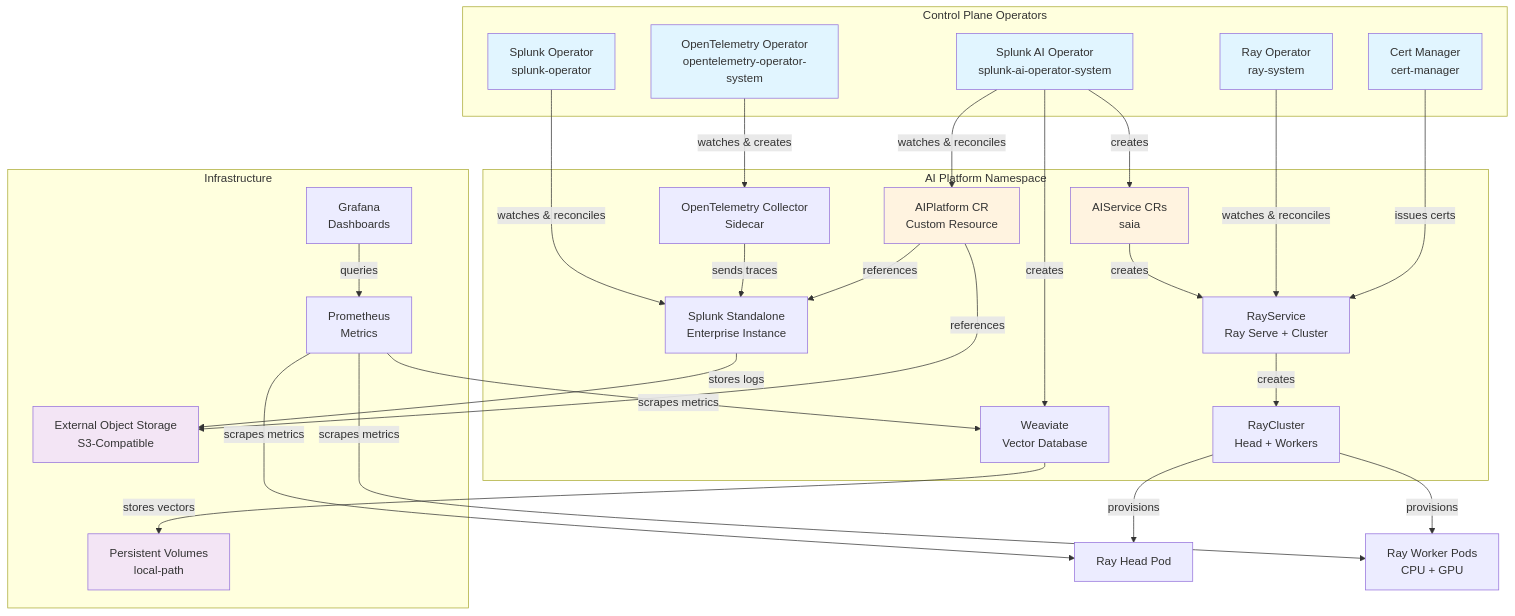
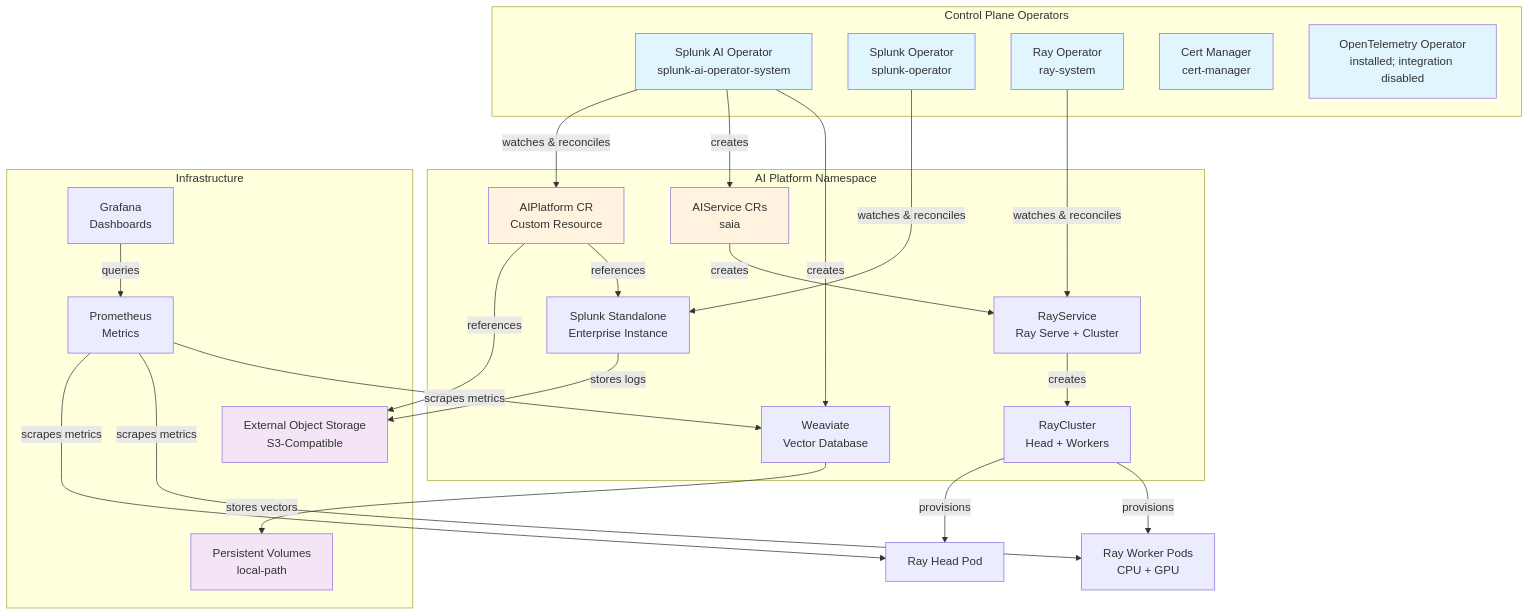
One commit to splunk/splunk-ai-operator changed the diagram in tools/cluster_setup/K0S_README.md. Above: the diagram before and after it, drawn with Mermaid. The commit also changed other lines of this file and 23 other files, not shown here.

````diff
--- a/tools/cluster_setup/K0S_README.md
+++ b/tools/cluster_setup/K0S_README.md
@@ -950,63 +950,57 @@
 ```mermaid
 graph TB
     subgraph "Control Plane Operators"
         AIOP[Splunk AI Operator<br/>splunk-ai-operator-system]
         SPLOP[Splunk Operator<br/>splunk-operator]
         RAYOP[Ray Operator<br/>ray-system]
         CERTMGR[Cert Manager<br/>cert-manager]
-        OTELOP[OpenTelemetry Operator<br/>opentelemetry-operator-system]
+        OTELOP[OpenTelemetry Operator<br/>installed; integration disabled]
     end
 
     subgraph "AI Platform Namespace"
         AIPLATFORM[AIPlatform CR<br/>Custom Resource]
         AISERVICE[AIService CRs<br/>saia]
         RAYSERVICE[RayService<br/>Ray Serve + Cluster]
         RAYCLUSTER[RayCluster<br/>Head + Workers]
         WEAVIATE[Weaviate<br/>Vector Database]
         SPLUNK[Splunk Standalone<br/>Enterprise Instance]
-        OTELCOL[OpenTelemetry Collector<br/>Sidecar]
     end
 
     subgraph "Infrastructure"
         OBJSTORE[External Object Storage<br/>S3-Compatible]
         PROMETHEUS[Prometheus<br/>Metrics]
         GRAFANA[Grafana<br/>Dashboards]
         STORAGE[Persistent Volumes<br/>local-path]
     end
 
     AIOP -->|watches & reconciles| AIPLATFORM
     AIOP -->|creates| AISERVICE
     AIOP -->|creates| WEAVIATE
     AISERVICE -->|creates| RAYSERVICE
     RAYOP -->|watches & reconciles| RAYSERVICE
     RAYSERVICE -->|creates| RAYCLUSTER
     RAYCLUSTER -->|provisions| RAYHEAD[Ray Head Pod]
     RAYCLUSTER -->|provisions| RAYWORKER[Ray Worker Pods<br/>CPU + GPU]
 
     SPLOP -->|watches & reconciles| SPLUNK
     SPLUNK -->|stores logs| OBJSTORE
 
-    CERTMGR -->|issues certs| RAYSERVICE
-
-    OTELOP -->|watches & creates| OTELCOL
-    OTELCOL -->|sends traces| SPLUNK
-
     AIPLATFORM -->|references| OBJSTORE
     AIPLATFORM -->|references| SPLUNK
     WEAVIATE -->|stores vectors| STORAGE
 
     PROMETHEUS -->|scrapes metrics| RAYHEAD
     PROMETHEUS -->|scrapes metrics| RAYWORKER
     PROMETHEUS -->|scrapes metrics| WEAVIATE
     GRAFANA -->|queries| PROMETHEUS
 
     style AIOP fill:#e1f5ff
     style SPLOP fill:#e1f5ff
     style RAYOP fill:#e1f5ff
     style CERTMGR fill:#e1f5ff
     style OTELOP fill:#e1f5ff
     style AIPLATFORM fill:#fff3e0
     style AISERVICE fill:#fff3e0
     style OBJSTORE fill:#f3e5f5
     style STORAGE fill:#f3e5f5
 ```
````
